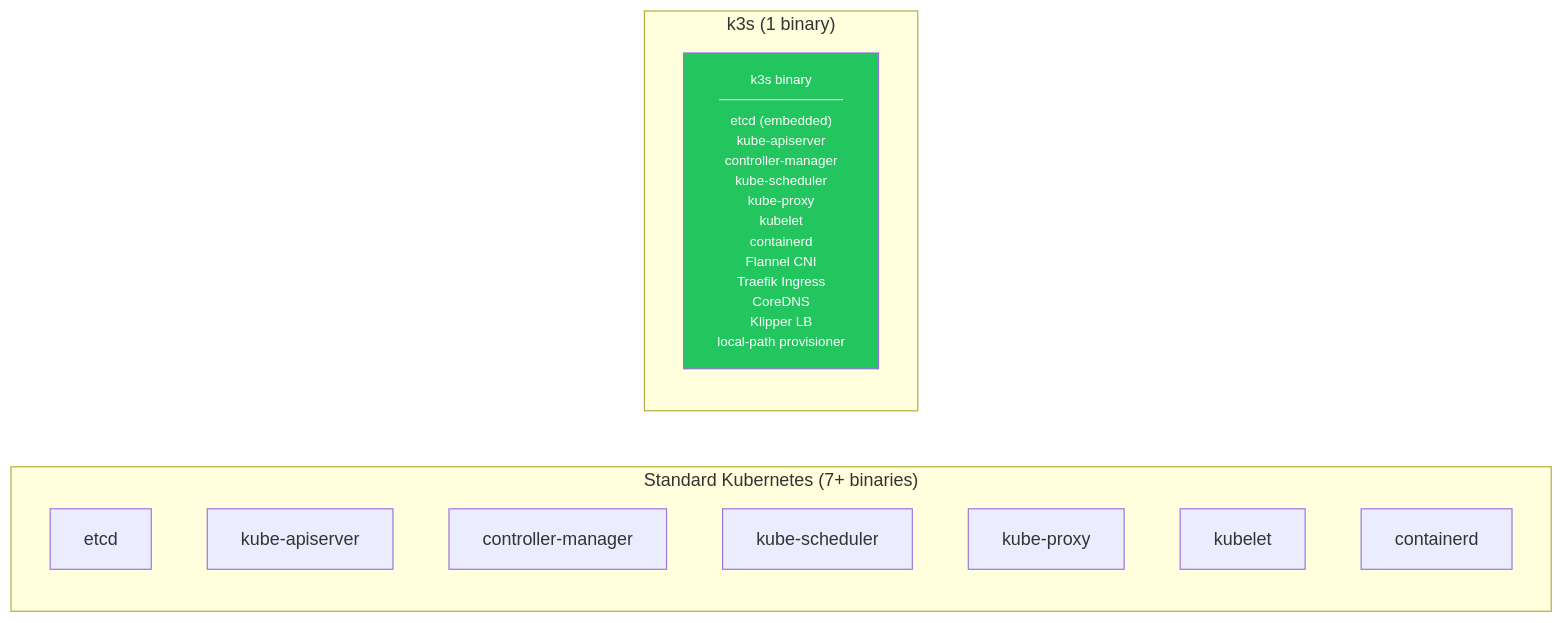
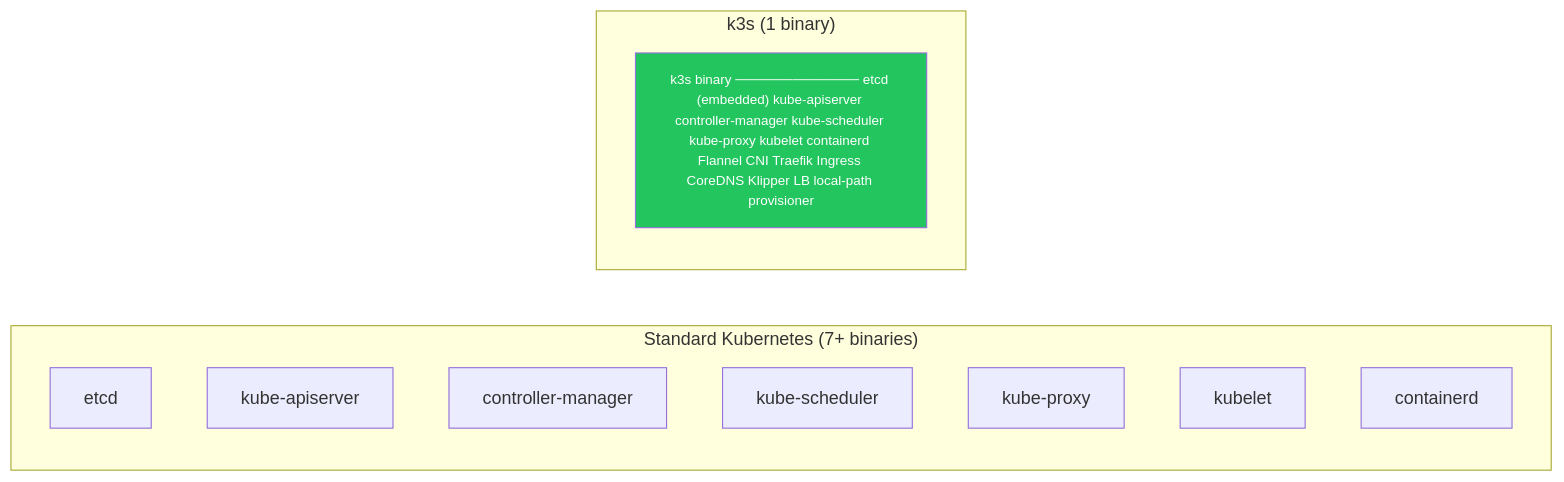
One commit to UncleJS/course_k3s changed the first of 3 diagrams in 01_introduction/01_what_is_k3s.md. Above: the diagram before and after it, drawn with Mermaid. The commit also changed other lines of this file and 57 other files, not shown here.

````diff
--- a/01_introduction/01_what_is_k3s.md
+++ b/01_introduction/01_what_is_k3s.md
@@ -49,16 +49,16 @@
 ```mermaid
 graph LR
     subgraph "Standard Kubernetes (7+ binaries)"
         E[etcd]
         API[kube-apiserver]
         CM[controller-manager]
         SCH[kube-scheduler]
         KP[kube-proxy]
         KL[kubelet]
         CR[containerd]
     end
     subgraph "k3s (1 binary)"
-        K3S["k3s binary\n─────────────\netcd (embedded)\nkube-apiserver\ncontroller-manager\nkube-scheduler\nkube-proxy\nkubelet\ncontainerd\nFlannel CNI\nTraefik Ingress\nCoreDNS\nKlipper LB\nlocal-path provisioner"]
+        K3S["k3s binary ───────────── etcd (embedded) kube-apiserver controller-manager kube-scheduler kube-proxy kubelet containerd Flannel CNI Traefik Ingress CoreDNS Klipper LB local-path provisioner"]
     end
     style K3S fill:#22c55e,color:#fff,font-size:12px
 ```
````
